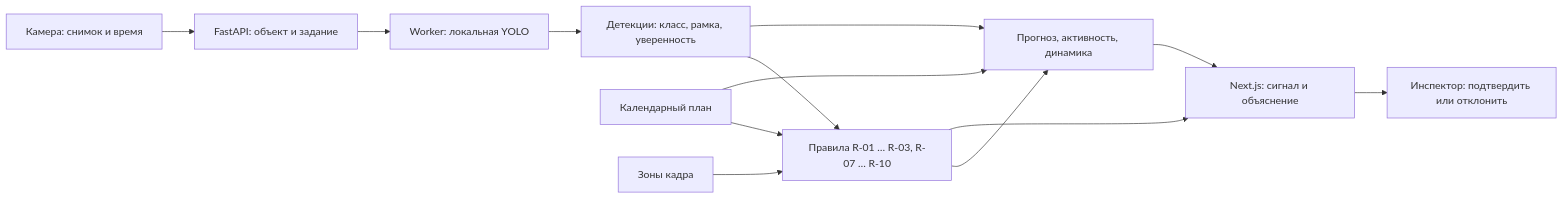
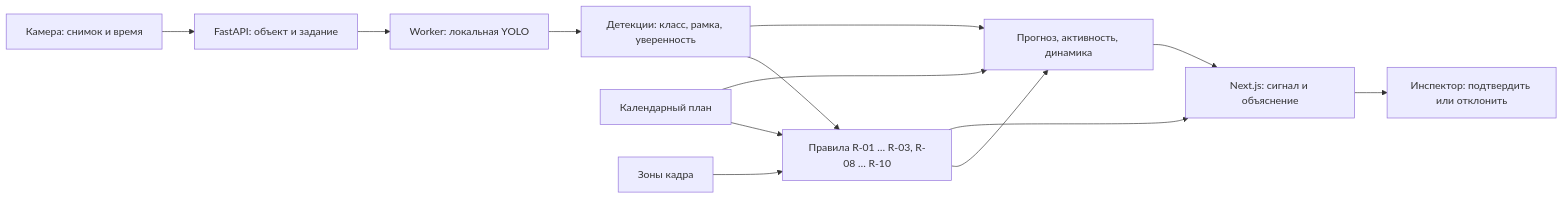
One commit to BaskovKonstantin/BuildWatch changed the diagram in README.md. Above: the diagram before and after it, drawn with Mermaid. The commit also changed other lines of this file and 11 other files, not shown here.

````diff
--- a/README.md
+++ b/README.md
@@ -13,15 +16,15 @@
 ```mermaid
 flowchart LR
     A[Камера: снимок и время] --> B[FastAPI: объект и задание]
     B --> C[Worker: локальная YOLO]
     C --> D[Детекции: класс, рамка, уверенность]
-    P[Календарный план] --> R[Правила R-01 … R-03, R-07 … R-10]
+    P[Календарный план] --> R[Правила R-01 … R-03, R-08 … R-10]
     D --> R
     Z[Зоны кадра] --> R
     P --> F[Прогноз, активность, динамика]
     D --> F
     R --> F
     R --> U[Next.js: сигнал и объяснение]
     F --> U
     U --> H[Инспектор: подтвердить или отклонить]
 ```
````
